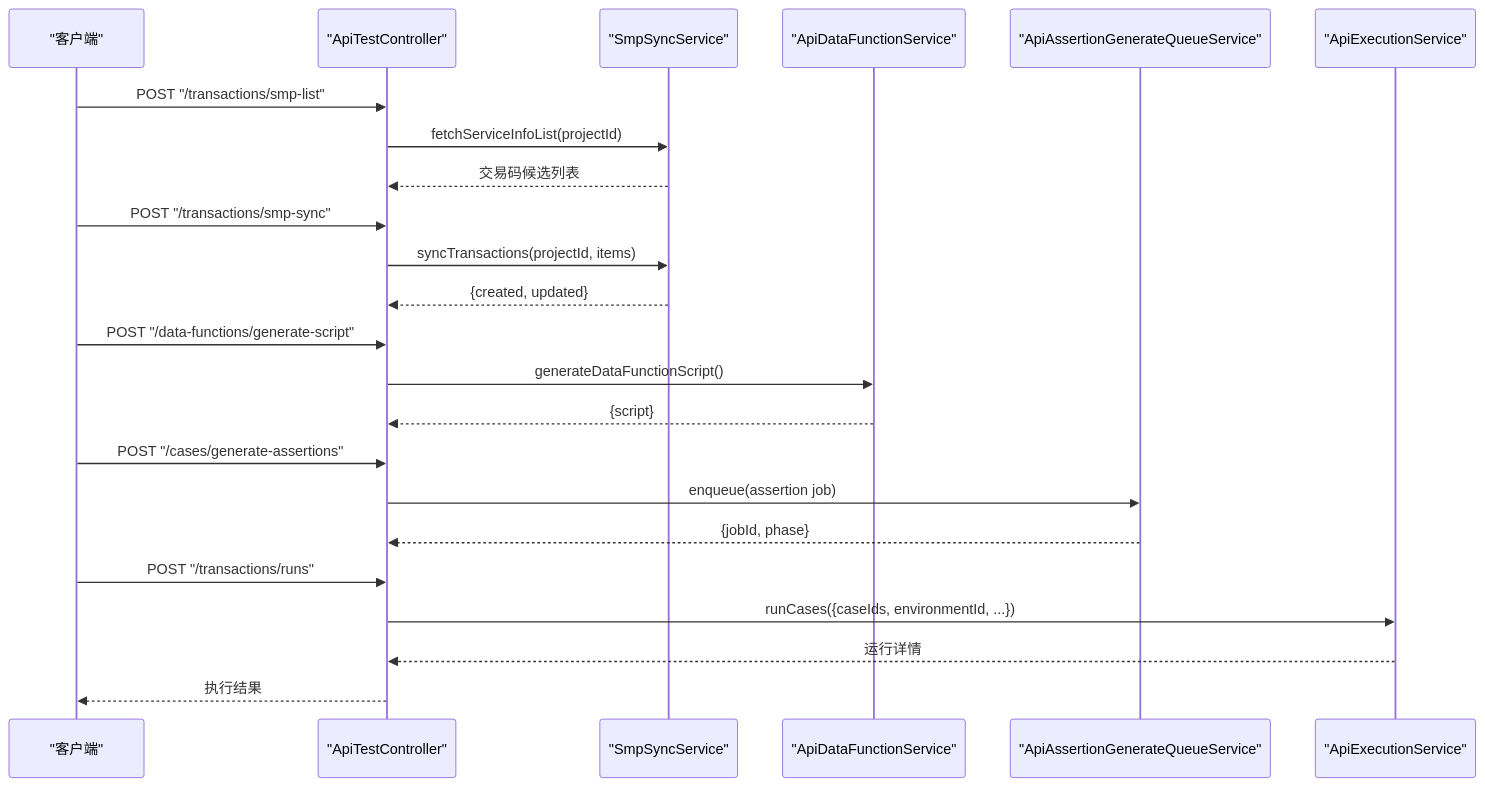
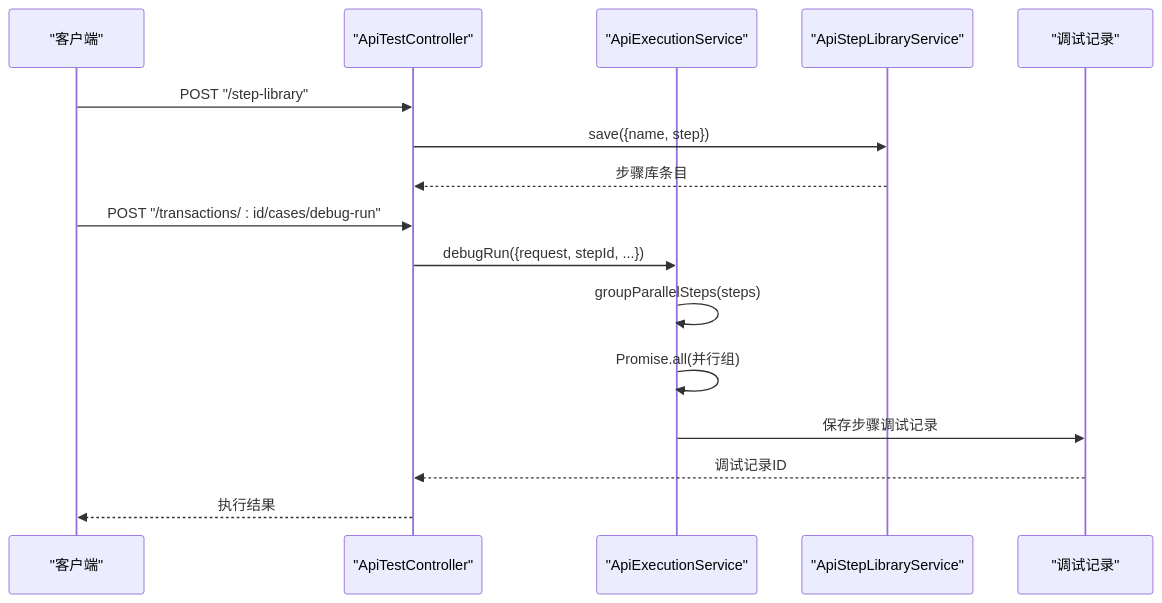
The second of 3 diagrams in .qoder/repowiki/zh/content/API 参考文档/API 测试 API/API 测试 API.md (Lichhu/caseForge), drawn with Mermaid before and after one commit. The commit also changed other lines of this file and 8 other files, not shown here.

````diff
--- a/.qoder/repowiki/zh/content/API 参考文档/API 测试 API/API 测试 API.md
+++ b/.qoder/repowiki/zh/content/API 参考文档/API 测试 API/API 测试 API.md
@@ -116,25 +128,18 @@
 ```mermaid
 sequenceDiagram
 participant Client as "客户端"
 participant Ctrl as "ApiTestController"
-participant SMP as "SmpSyncService"
-participant DF as "ApiDataFunctionService"
-participant AQ as "ApiAssertionGenerateQueueService"
 participant Exec as "ApiExecutionService"
-Client->>Ctrl : POST "/transactions/smp-list"
-Ctrl->>SMP : fetchServiceInfoList(projectId)
-SMP-->>Ctrl : 交易码候选列表
-Client->>Ctrl : POST "/transactions/smp-sync"
-Ctrl->>SMP : syncTransactions(projectId, items)
-SMP-->>Ctrl : {created, updated}
-Client->>Ctrl : POST "/data-functions/generate-script"
-Ctrl->>DF : generateDataFunctionScript()
-DF-->>Ctrl : {script}
-Client->>Ctrl : POST "/cases/generate-assertions"
-Ctrl->>AQ : enqueue(assertion job)
-AQ-->>Ctrl : {jobId, phase}
-Client->>Ctrl : POST "/transactions/runs"
-Ctrl->>Exec : runCases({caseIds, environmentId, ...})
-Exec-->>Ctrl : 运行详情
+participant StepLib as "ApiStepLibraryService"
+participant Debug as "调试记录"
+Client->>Ctrl : POST "/step-library"
+Ctrl->>StepLib : save({name, step})
+StepLib-->>Ctrl : 步骤库条目
+Client->>Ctrl : POST "/transactions/ : id/cases/debug-run"
+Ctrl->>Exec : debugRun({request, stepId, ...})
+Exec->>Exec : groupParallelSteps(steps)
+Exec->>Exec : Promise.all(并行组)
+Exec->>Debug : 保存步骤调试记录
+Debug-->>Ctrl : 调试记录ID
 Ctrl-->>Client : 执行结果
 ```
````
